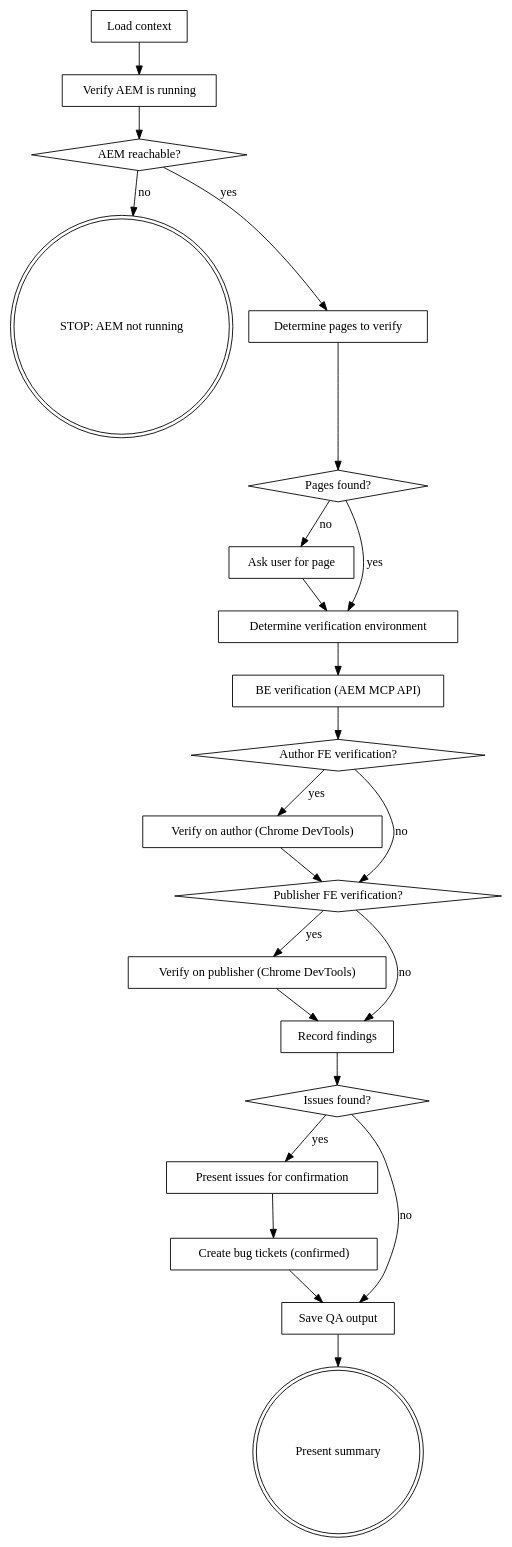
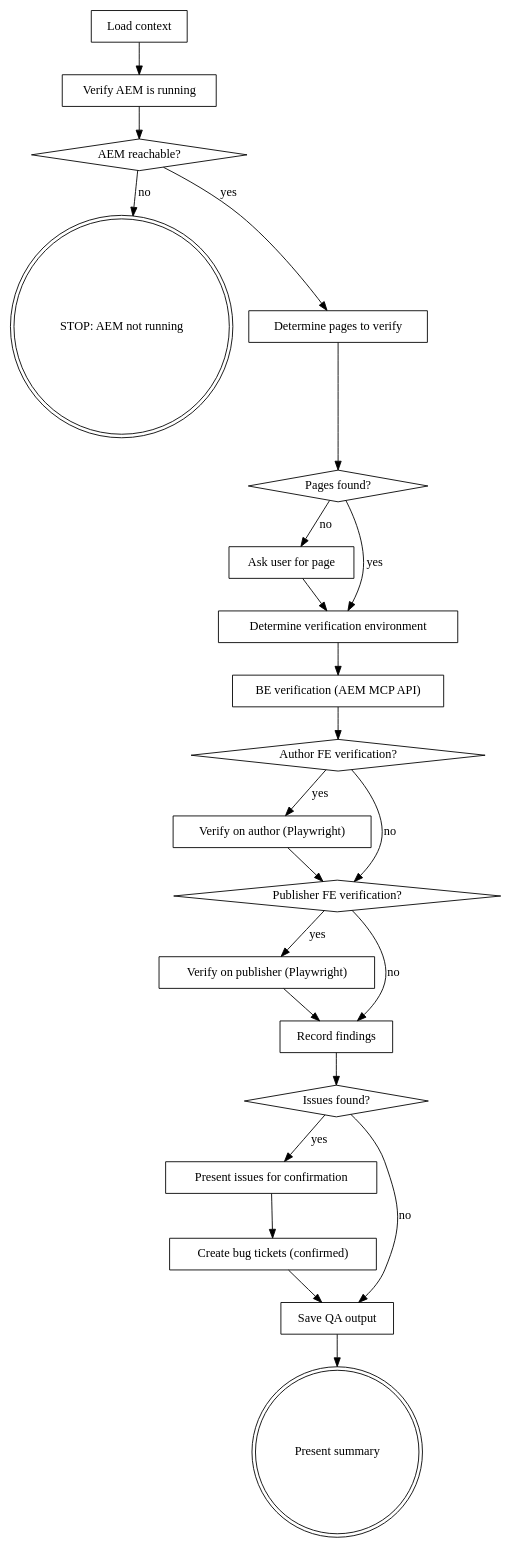
One commit to easingthemes/dx-aem-flow changed the diagram in plugins/dx-aem/skills/aem-qa/SKILL.md. Above: the diagram before and after it, drawn with Graphviz. The commit also changed other lines of this file and 91 other files, not shown here.

````diff
--- a/plugins/dx-aem/skills/aem-qa/SKILL.md
+++ b/plugins/dx-aem/skills/aem-qa/SKILL.md
@@ -33,46 +33,46 @@
 ```dot
 digraph aem_qa {
     "Load context" [shape=box];
     "Verify AEM is running" [shape=box];
     "AEM reachable?" [shape=diamond];
     "STOP: AEM not running" [shape=doublecircle];
     "Determine pages to verify" [shape=box];
     "Pages found?" [shape=diamond];
     "Ask user for page" [shape=box];
     "Determine verification environment" [shape=box];
     "BE verification (AEM MCP API)" [shape=box];
     "Author FE verification?" [shape=diamond];
-    "Verify on author (Chrome DevTools)" [shape=box];
+    "Verify on author (Playwright)" [shape=box];
     "Publisher FE verification?" [shape=diamond];
-    "Verify on publisher (Chrome DevTools)" [shape=box];
+    "Verify on publisher (Playwright)" [shape=box];
     "Record findings" [shape=box];
     "Issues found?" [shape=diamond];
     "Present issues for confirmation" [shape=box];
     "Create bug tickets (confirmed)" [shape=box];
     "Save QA output" [shape=box];
     "Present summary" [shape=doublecircle];
 
     "Load context" -> "Verify AEM is running";
     "Verify AEM is running" -> "AEM reachable?";
     "AEM reachable?" -> "STOP: AEM not running" [label="no"];
     "AEM reachable?" -> "Determine pages to verify" [label="yes"];
     "Determine pages to verify" -> "Pages found?";
     "Pages found?" -> "Ask user for page" [label="no"];
     "Pages found?" -> "Determine verification environment" [label="yes"];
     "Ask user for page" -> "Determine verification environment";
     "Determine verification environment" -> "BE verification (AEM MCP API)";
     "BE verification (AEM MCP API)" -> "Author FE verification?";
-    "Author FE verification?" -> "Verify on author (Chrome DevTools)" [label="yes"];
+    "Author FE verification?" -> "Verify on author (Playwright)" [label="yes"];
     "Author FE verification?" -> "Publisher FE verification?" [label="no"];
-    "Verify on author (Chrome DevTools)" -> "Publisher FE verification?";
-    "Publisher FE verification?" -> "Verify on publisher (Chrome DevTools)" [label="yes"];
+    "Verify on author (Playwright)" -> "Publisher FE verification?";
+    "Publisher FE verification?" -> "Verify on publisher (Playwright)" [label="yes"];
     "Publisher FE verification?" -> "Record findings" [label="no"];
-    "Verify on publisher (Chrome DevTools)" -> "Record findings";
+    "Verify on publisher (Playwright)" -> "Record findings";
     "Record findings" -> "Issues found?";
     "Issues found?" -> "Save QA output" [label="no"];
     "Issues found?" -> "Present issues for confirmation" [label="yes"];
     "Present issues for confirmation" -> "Create bug tickets (confirmed)";
     "Create bug tickets (confirmed)" -> "Save QA output";
     "Save QA output" -> "Present summary";
 }
 ```
````
